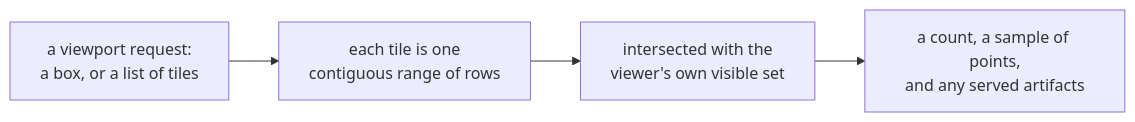
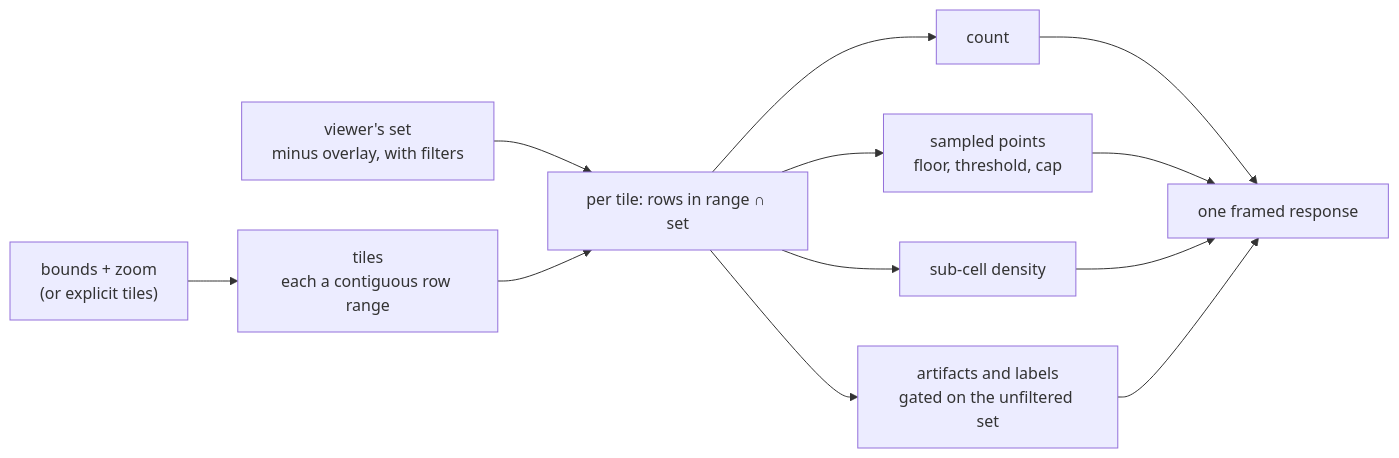
One commit to jennis0/tesseradb changed the first of 3 diagrams in docs/system/queries.md. Above: the diagram before and after it, drawn with Mermaid. The commit also changed other lines of this file, not shown here.

Commit message:
docs(system): queries: diagrams redrawn; one antithesis removed

````diff
--- a/docs/system/queries.md
+++ b/docs/system/queries.md
@@ -21,6 +21,14 @@
 ```mermaid
 flowchart LR
-  req["a viewport request:<br/>a box, or a list of tiles"] --> tile["each tile is one<br/>contiguous range of rows"]
-  tile --> mask["intersected with the<br/>viewer's own visible set"]
-  mask --> out["a count, a sample of points,<br/>and any served artifacts"]
+  req["bounds + zoom<br/>(or explicit tiles)"] --> tiles["tiles<br/>each a contiguous row range"]
+  set["viewer's set<br/>minus overlay, with filters"] --> per
+  tiles --> per["per tile: rows in range ∩ set"]
+  per --> count["count"]
+  per --> sample["sampled points<br/>floor, threshold, cap"]
+  per --> cells["sub-cell density"]
+  per --> arts["artifacts and labels<br/>gated on the unfiltered set"]
+  count --> resp["one framed response"]
+  sample --> resp
+  cells --> resp
+  arts --> resp
 ```
````
